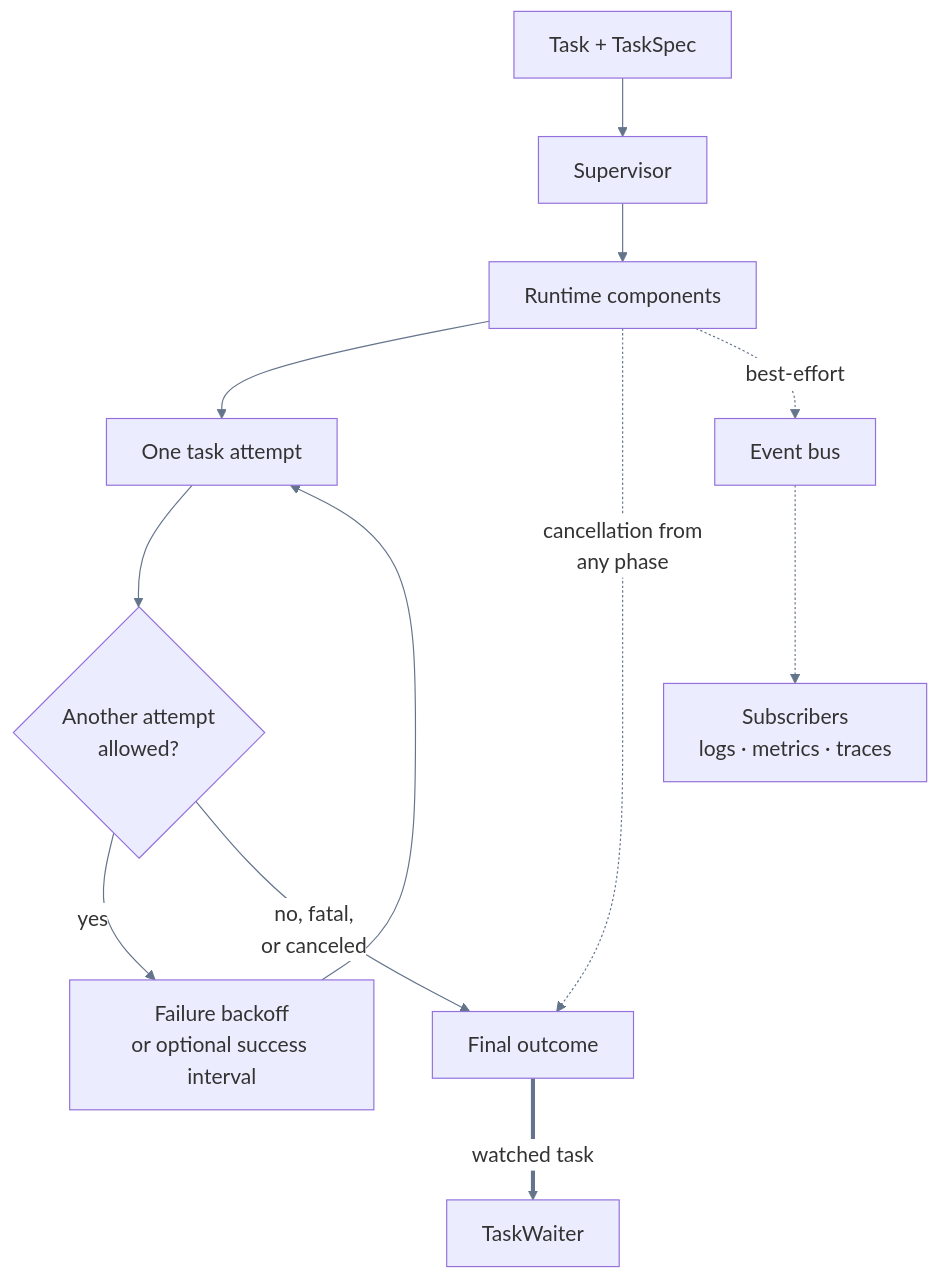
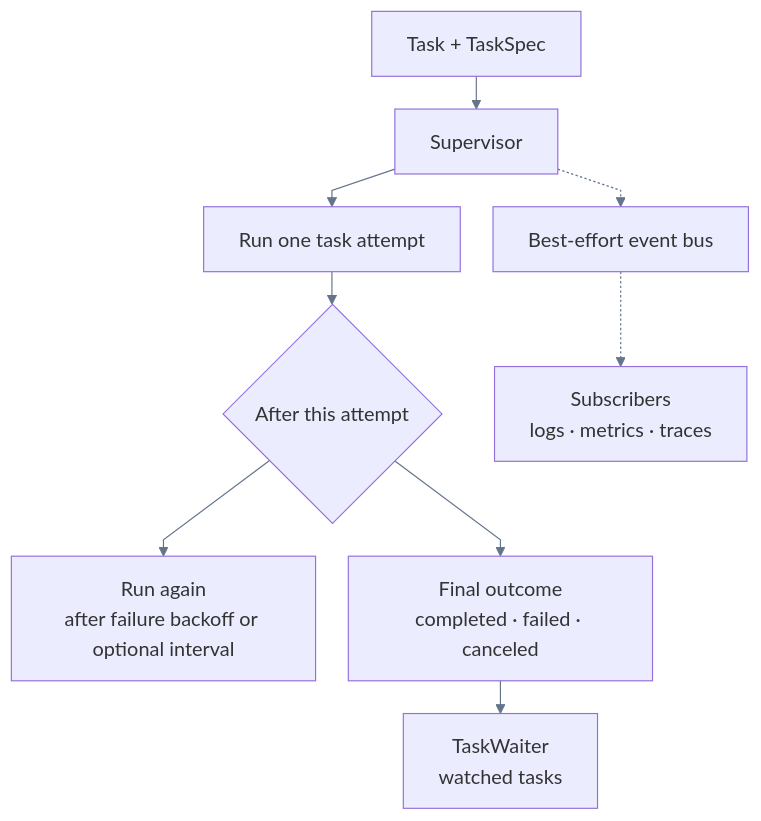
One commit to soltiHQ/.github changed the diagram in assets/schema/taskvisor-process.md. Above: the diagram before and after it, drawn with Mermaid. The commit also changed 1 other file, not shown here.

Commit message:
update taskvisor schemas

````diff
--- a/assets/schema/taskvisor-process.md
+++ b/assets/schema/taskvisor-process.md
@@ -1,16 +1,15 @@
 ```mermaid
-%%{init: {"theme": "default", "flowchart": {"curve": "basis", "htmlLabels": true}, "themeVariables": {"primaryColor": "#eef2ff", "primaryTextColor": "#111827", "primaryBorderColor": "#7c3aed", "lineColor": "#64748b", "edgeLabelBackground": "#ffffff", "secondaryColor": "#f8fafc", "tertiaryColor": "#ffffff", "fontFamily": "Arial", "fontSize": "18px"}}}%%
-flowchart TD
+%%{init: {"theme": "default", "flowchart": {"curve": "linear", "htmlLabels": true, "nodeSpacing": 28, "rankSpacing": 28}, "themeVariables": {"primaryColor": "#eef2ff", "primaryTextColor": "#111827", "primaryBorderColor": "#7c3aed", "lineColor": "#64748b", "edgeLabelBackground": "#eef2ff", "secondaryColor": "#f8fafc", "tertiaryColor": "#ffffff", "fontFamily": "Arial", "fontSize": "17px"}}}%%
+flowchart TB
     input["Task + TaskSpec"] --> supervisor["Supervisor"]
-    supervisor --> runtime["Runtime components"]
-    runtime --> attempt["One task attempt"]
-    attempt --> decision{"Another attempt<br/>allowed?"}
-    decision -->|"yes"| delay["Failure backoff<br/>or optional success interval"]
-    delay --> attempt
-    decision -->|"no, fatal,<br/>or canceled"| outcome["Final outcome"]
+    supervisor --> attempt["Run one task attempt"]
+    attempt --> next{"After this attempt"}
 
-    runtime -.->|"cancellation from<br/>any phase"| outcome
-    runtime -.->|"best-effort"| bus["Event bus"]
+    next --> retry["Run again<br/>after failure backoff or optional interval"]
+
+    next --> outcome["Final outcome<br/>completed · failed · canceled"]
+    outcome --> waiter["TaskWaiter<br/>watched tasks"]
+
+    supervisor -.-> bus["Best-effort event bus"]
     bus -.-> subscribers["Subscribers<br/>logs · metrics · traces"]
-    outcome ==>|"watched task"| waiter["TaskWaiter"]
 ```
````
